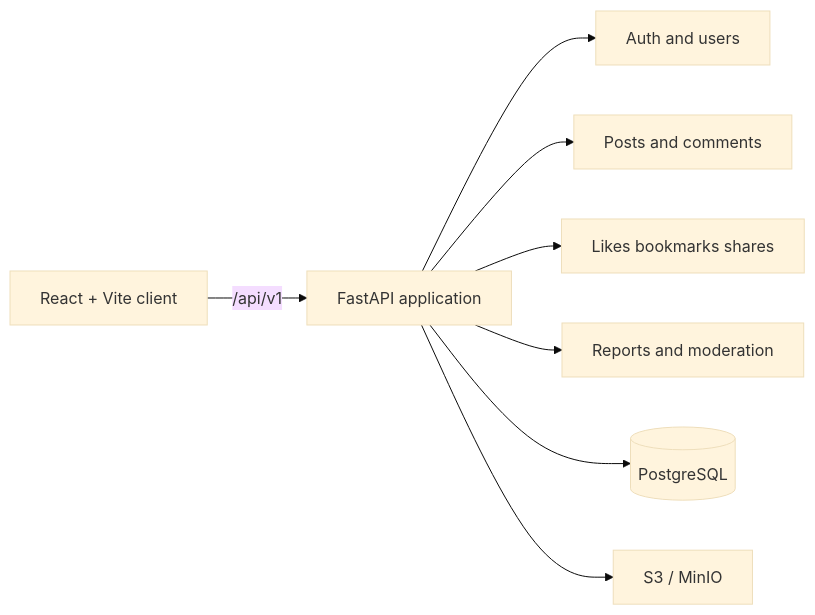
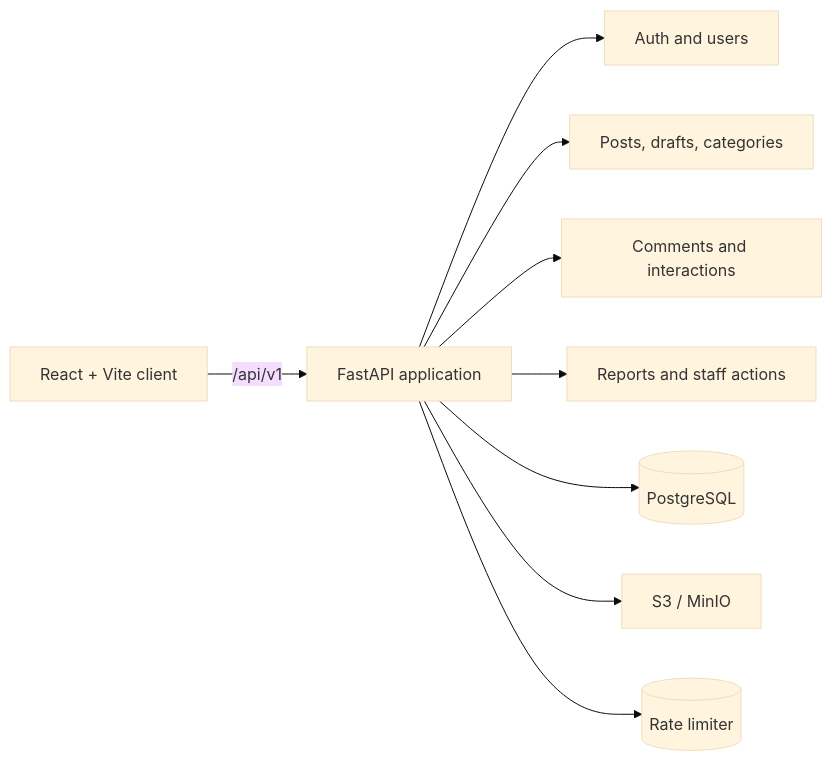
One commit to Kene33/simple-blog changed the second of 2 diagrams in README.ru.md. Above: the diagram before and after it, drawn with Mermaid (base theme). The commit also changed other lines of this file and 1 other file, not shown here.

````diff
--- a/README.ru.md
+++ b/README.ru.md
@@ -132,10 +137,11 @@
 ```mermaid
 flowchart LR
     Browser[React + Vite client] -->|/api/v1| App[FastAPI application]
     App --> Auth[Auth and users]
-    App --> Content[Posts and comments]
-    App --> Social[Likes bookmarks shares]
-    App --> Moderation[Reports and moderation]
+    App --> Content[Posts, drafts, categories]
+    App --> Social[Comments and interactions]
+    App --> Moderation[Reports and staff actions]
     App --> DB[(PostgreSQL)]
     App --> Storage[S3 / MinIO]
+    App --> Redis[(Rate limiter)]
 ```
````
